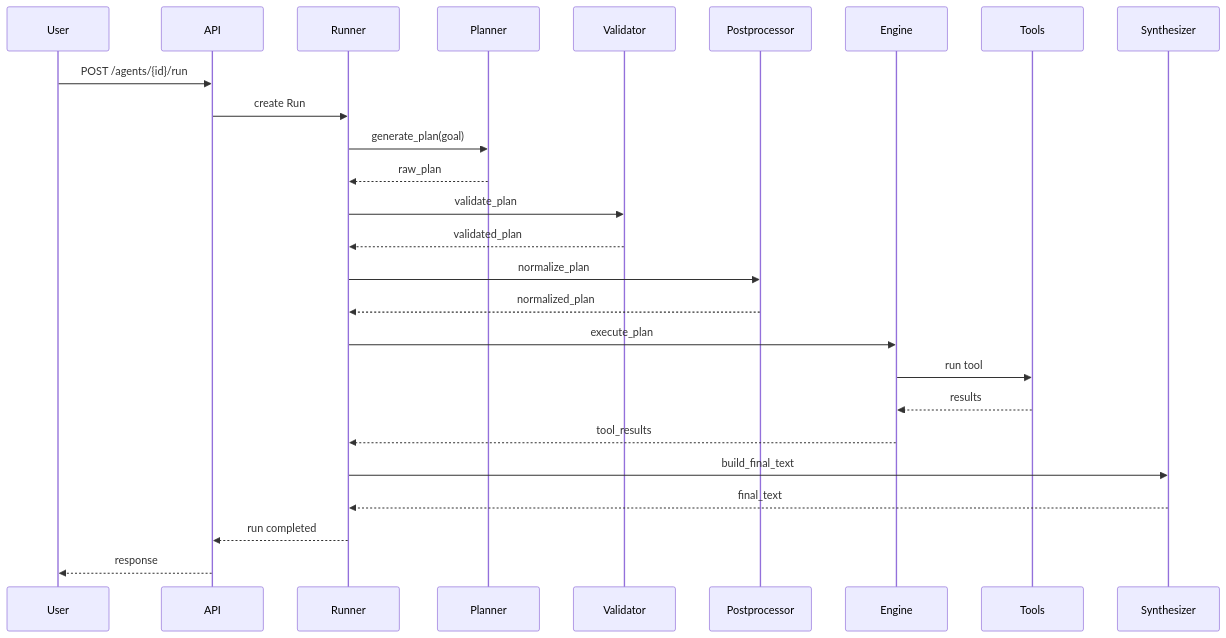
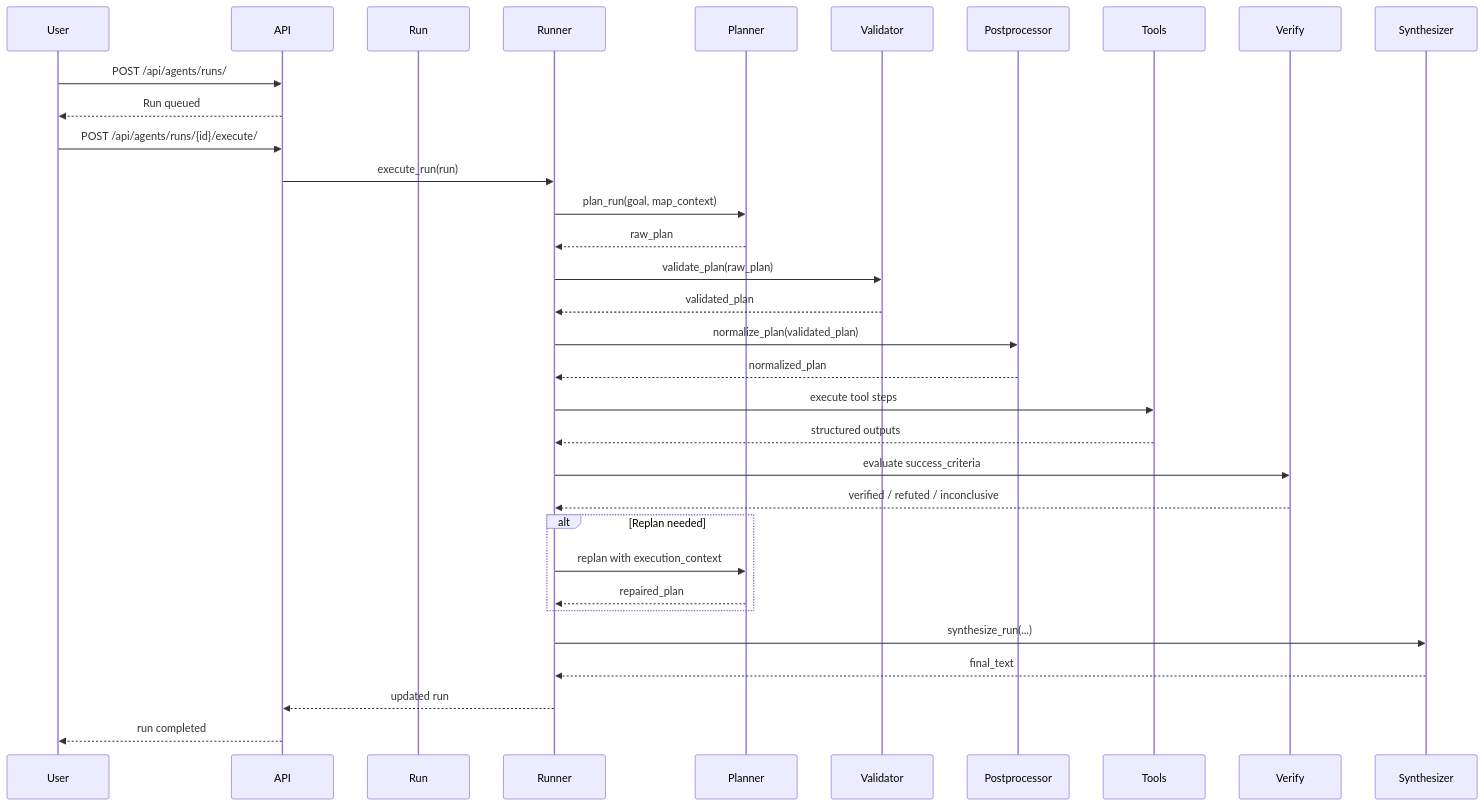
Before and after one commit to juaquicar/GeoAgents: the second of 16 diagrams in docs/diagrams.md, drawn with Mermaid. The commit also changed other lines of this file and 12 other files, not shown here.

````diff
--- a/docs/diagrams.md
+++ b/docs/diagrams.md
@@ -47,41 +48,46 @@
 ```mermaid
 sequenceDiagram
 
 participant User
 participant API
+participant Run
 participant Runner
 participant Planner
 participant Validator
 participant Postprocessor
-participant Engine
 participant Tools
+participant Verify
 participant Synthesizer
 
-User->>API: POST /agents/{id}/run
-API->>Runner: create Run
+User->>API: POST /api/agents/runs/
+API-->>User: Run queued
 
-Runner->>Planner: generate_plan(goal)
+User->>API: POST /api/agents/runs/{id}/execute/
+API->>Runner: execute_run(run)
 
+Runner->>Planner: plan_run(goal, map_context)
 Planner-->>Runner: raw_plan
 
-Runner->>Validator: validate_plan
+Runner->>Validator: validate_plan(raw_plan)
 Validator-->>Runner: validated_plan
 
-Runner->>Postprocessor: normalize_plan
+Runner->>Postprocessor: normalize_plan(validated_plan)
 Postprocessor-->>Runner: normalized_plan
 
-Runner->>Engine: execute_plan
+Runner->>Tools: execute tool steps
+Tools-->>Runner: structured outputs
 
-Engine->>Tools: run tool
-Tools-->>Engine: results
+Runner->>Verify: evaluate success_criteria
+Verify-->>Runner: verified / refuted / inconclusive
 
-Engine-->>Runner: tool_results
+alt Replan needed
+    Runner->>Planner: replan with execution_context
+    Planner-->>Runner: repaired_plan
+end
 
-Runner->>Synthesizer: build_final_text
-
+Runner->>Synthesizer: synthesize_run(...)
 Synthesizer-->>Runner: final_text
 
-Runner-->>API: run completed
-
-API-->>User: response
+Runner-->>API: updated run
+API-->>User: run completed
 ```
````
